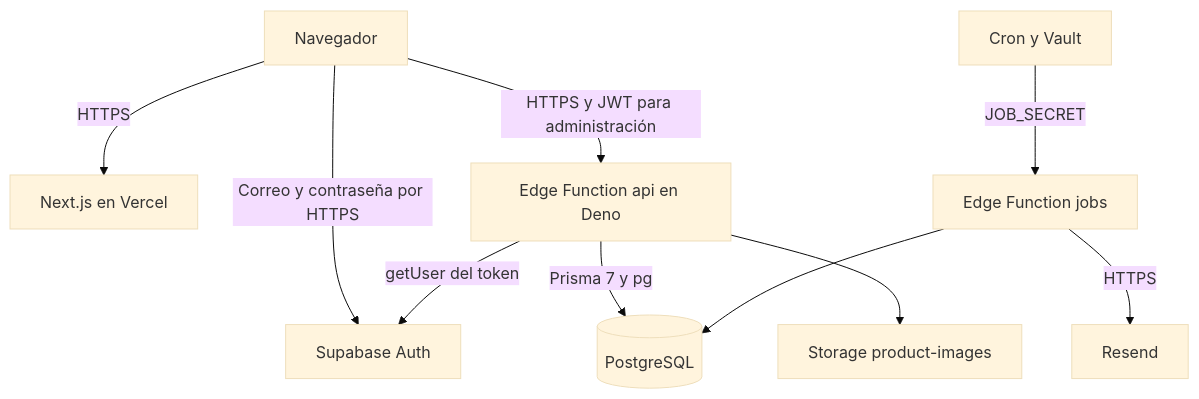
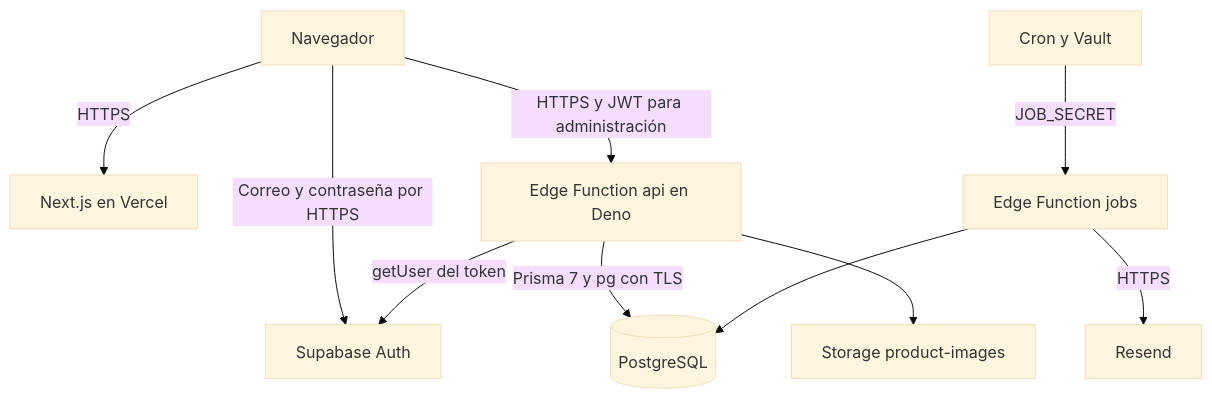
Before and after one commit to DiegoDaher/lowkey-saints: the diagram in docs/Arquitectura.md, drawn with Mermaid (base theme). The commit also changed other lines of this file and 23 other files, not shown here.

Commit message:
docs: cerrar entrega con TLS e integracion verificados

````diff
--- a/docs/Arquitectura.md
+++ b/docs/Arquitectura.md
@@ -7,12 +7,12 @@
 ```mermaid
 flowchart TD
   B[Navegador] -->|HTTPS| V[Next.js en Vercel]
   B -->|HTTPS y JWT para administración| E[Edge Function api en Deno]
   B -->|Correo y contraseña por HTTPS| AUTH[Supabase Auth]
   E -->|getUser del token| AUTH
-  E -->|Prisma 7 y pg| P[(PostgreSQL)]
+  E -->|Prisma 7 y pg con TLS| P[(PostgreSQL)]
   E --> ST[Storage product-images]
   C[Cron y Vault] -->|JOB_SECRET| J[Edge Function jobs]
   J --> P
   J -->|HTTPS| R[Resend]
 ```
````
